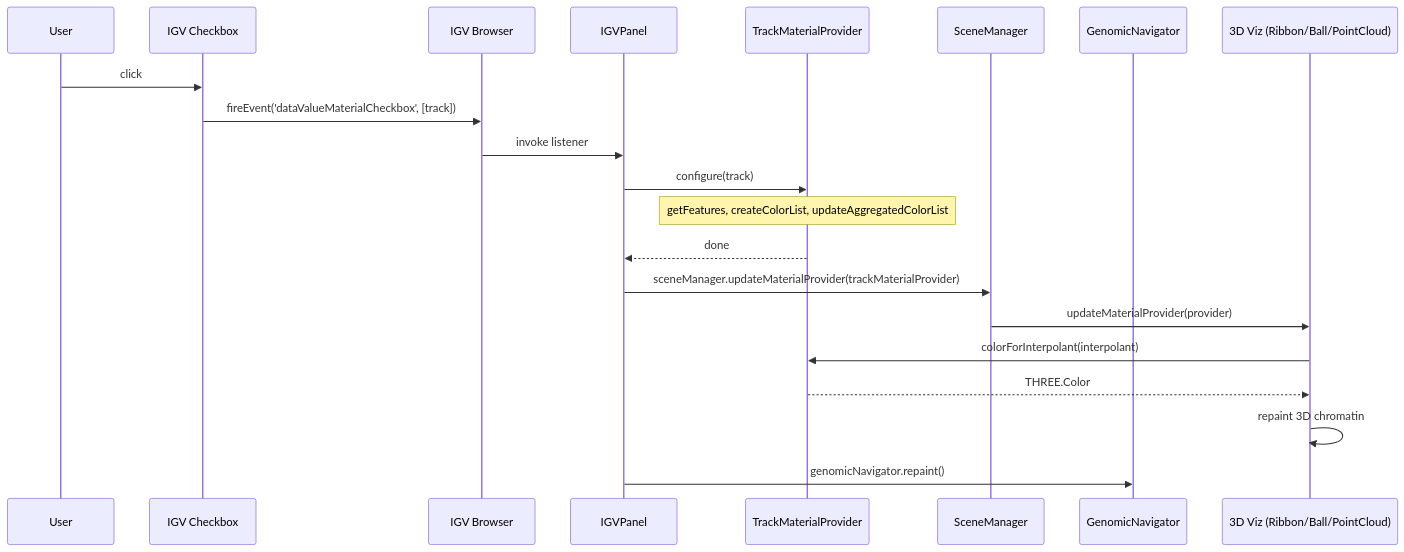
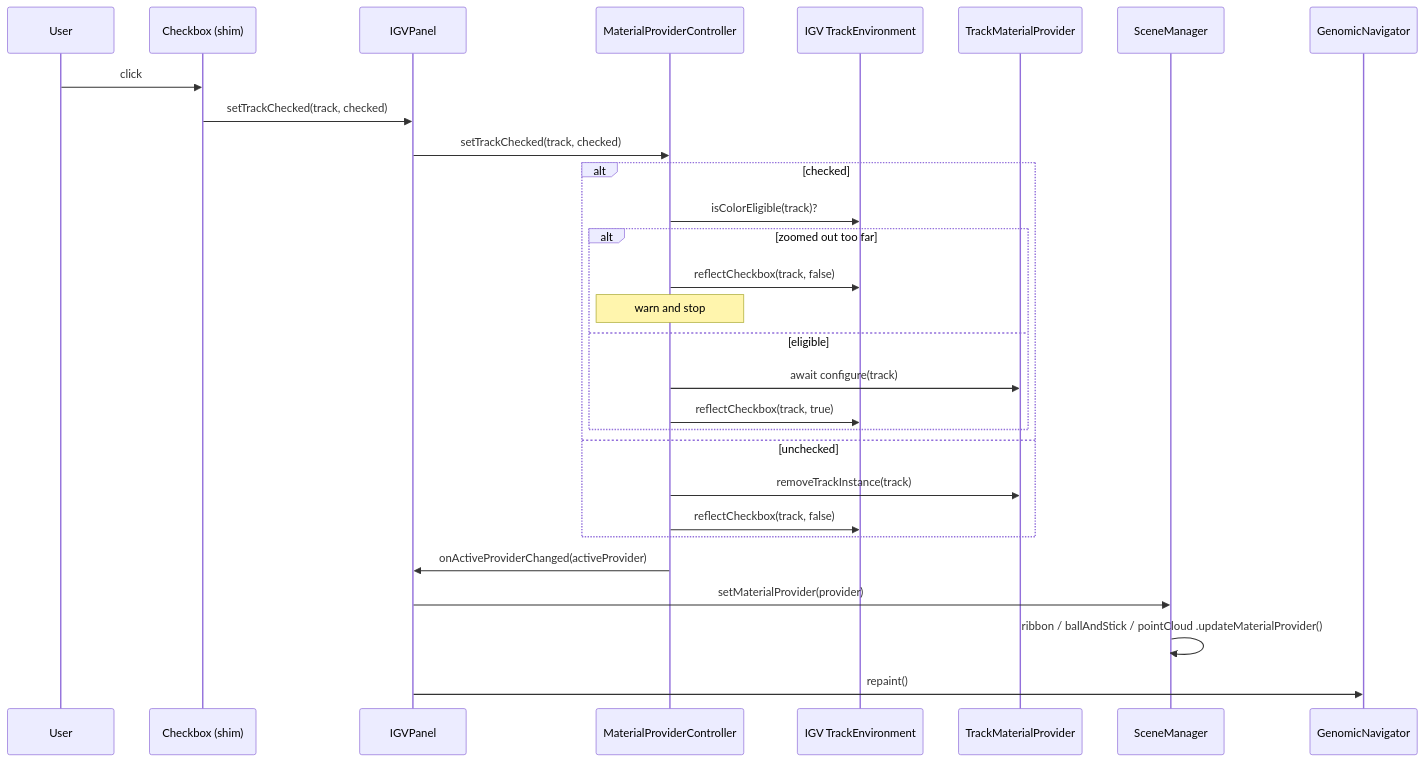
One commit to aidenlab/spacewalk changed the diagram in development-notes/architecture-track-material-provider-checkbox.md. Above: the diagram before and after it, drawn with Mermaid. The commit also changed other lines of this file and 44 other files, not shown here.

````diff
--- a/development-notes/architecture-track-material-provider-checkbox.md
+++ b/development-notes/architecture-track-material-provider-checkbox.md
@@ -47,24 +32,32 @@
 ```mermaid
 sequenceDiagram
     participant User
-    participant Checkbox as IGV Checkbox
-    participant Browser as IGV Browser
-    participant IGVPanel as IGVPanel
+    participant CB as Checkbox (shim)
+    participant Panel as IGVPanel
+    participant MPC as MaterialProviderController
+    participant Env as IGV TrackEnvironment
     participant TMP as TrackMaterialProvider
     participant SM as SceneManager
     participant GN as GenomicNavigator
-    participant Viz as 3D Viz (Ribbon/Ball/PointCloud)
 
-    User->>Checkbox: click
-    Checkbox->>Browser: fireEvent('dataValueMaterialCheckbox', [track])
-    Browser->>IGVPanel: invoke listener
-    IGVPanel->>TMP: configure(track)
-    Note over TMP: getFeatures, createColorList, updateAggregatedColorList
-    TMP-->>IGVPanel: done
-    IGVPanel->>SM: sceneManager.updateMaterialProvider(trackMaterialProvider)
-    SM->>Viz: updateMaterialProvider(provider)
-    Viz->>TMP: colorForInterpolant(interpolant)
-    TMP-->>Viz: THREE.Color
-    Viz->>Viz: repaint 3D chromatin
-    IGVPanel->>GN: genomicNavigator.repaint()
+    User->>CB: click
+    CB->>Panel: setTrackChecked(track, checked)
+    Panel->>MPC: setTrackChecked(track, checked)
+    alt checked
+        MPC->>Env: isColorEligible(track)?
+        alt zoomed out too far
+            MPC->>Env: reflectCheckbox(track, false)
+            Note over MPC: warn and stop
+        else eligible
+            MPC->>TMP: await configure(track)
+            MPC->>Env: reflectCheckbox(track, true)
+        end
+    else unchecked
+        MPC->>TMP: removeTrackInstance(track)
+        MPC->>Env: reflectCheckbox(track, false)
+    end
+    MPC->>Panel: onActiveProviderChanged(activeProvider)
+    Panel->>SM: setMaterialProvider(provider)
+    SM->>SM: ribbon / ballAndStick / pointCloud .updateMaterialProvider()
+    Panel->>GN: repaint()
 ```
````
